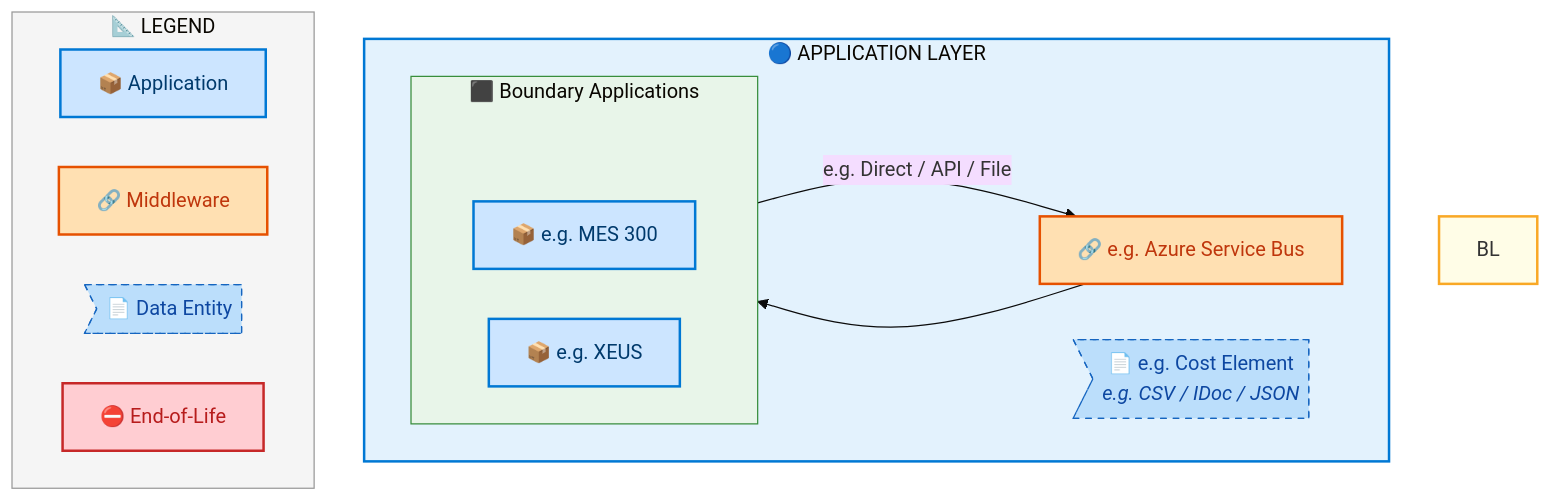
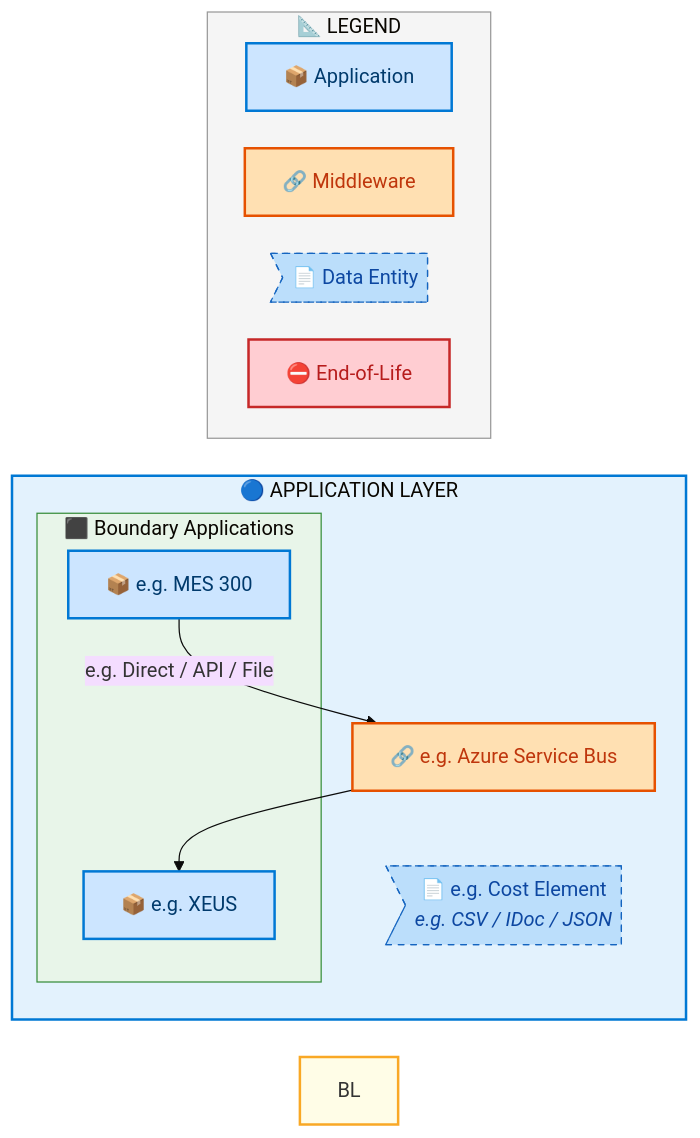
One commit to sajivfrancis777/IAO-Architecture changed diagram 16 of 19 in towers/E2E/Forecast to Stock/E2E-74/output/docs/systems-architecture/E2E-74-Architecture.md. Above: the diagram before and after it, drawn with Mermaid. The commit also changed other lines of this file and 252 other files, not shown here.

First line of the commit message:
fix: remove Mermaid ~~~ rank chain causing syntax error in v11.14.0

````diff
--- a/towers/E2E/Forecast to Stock/E2E-74/output/docs/systems-architecture/E2E-74-Architecture.md
+++ b/towers/E2E/Forecast to Stock/E2E-74/output/docs/systems-architecture/E2E-74-Architecture.md
@@ -2651,44 +2651,40 @@
 ```mermaid
-%%{init: {"theme": "base", "securityLevel": "loose", "themeVariables": {"fontSize": "16px", "fontFamily": "Segoe UI, Arial, sans-serif"}, "flowchart": {"useMaxWidth": false, "htmlLabels": true, "nodeSpacing": 40, "rankSpacing": 50}} }%%
-flowchart TB
+%%{init: {"theme": "base", "securityLevel": "loose", "themeVariables": {"fontSize": "16px", "fontFamily": "Segoe UI, Arial, sans-serif"}, "flowchart": {"useMaxWidth": false, "htmlLabels": true, "nodeSpacing": 30, "rankSpacing": 35}} }%%
+flowchart LR
     %% -- ArchiMate 3.2 + Azure style classes --
     classDef business      fill:#FFFFB3,stroke:#F9A825,stroke-width:2px,color:#000
     classDef app           fill:#CCE5FF,stroke:#0078D4,stroke-width:2px,color:#003A6C
     classDef data          fill:#BBDEFB,stroke:#1565C0,stroke-width:1px,color:#0D47A1,stroke-dasharray: 5 5
     classDef middleware    fill:#FFE0B2,stroke:#E65100,stroke-width:2px,color:#BF360C
     classDef eol           fill:#FFCDD2,stroke:#C62828,stroke-width:2px,color:#B71C1C
     classDef saas          fill:#E1BEE7,stroke:#7B1FA2,stroke-width:2px,color:#4A148C
     classDef cloud         fill:#BBDEFB,stroke:#1565C0,stroke-width:2px,color:#0D47A1
     classDef onprem        fill:#C8E6C9,stroke:#2E7D32,stroke-width:2px,color:#1B5E20
-    classDef rankAnchor    fill:none,stroke:none,color:transparent,font-size:1px
 
     subgraph AL["🔵 APPLICATION LAYER"]
-        direction LR
         subgraph E2E74CLN_Boundary_Applications[" ⬛ Boundary Applications"]
-            direction LR
-            E2E74C_ALRANK_0[ ]:::rankAnchor
             E2E74C_e_g_MES_300["📦 e.g. MES 300"]:::app
             E2E74C_e_g_XEUS["📦 e.g. XEUS"]:::app
         end
         E2E74CMW_e_g_Azure_Service_Bus["🔗 e.g. Azure Service Bus"]:::middleware
         E2E74CDE_e_g_Cost_Element>"📄 e.g. Cost Element<br/><i>e.g. CSV / IDoc / JSON</i>"]:::data
     end
 
     E2E74C_e_g_MES_300 -->|"e.g. Direct / API / File"| E2E74CMW_e_g_Azure_Service_Bus
     E2E74CMW_e_g_Azure_Service_Bus --> E2E74C_e_g_XEUS
 
 
     style BL fill:#FFFDE7,stroke:#F9A825,stroke-width:2px
     style AL fill:#E3F2FD,stroke:#0078D4,stroke-width:2px
 
     style E2E74CLN_Boundary_Applications fill:#E8F5E9,stroke:#388E3C,stroke-width:1px
 
     subgraph Legend["📐 LEGEND"]
         direction LR
         L_APP["📦 Application"]:::app
         L_MW["🔗 Middleware"]:::middleware
         L_DE>"📄 Data Entity"]:::data
         L_EOL["⛔ End-of-Life"]:::eol
     end
     style Legend fill:#F5F5F5,stroke:#999,stroke-width:1px
 ```
````
